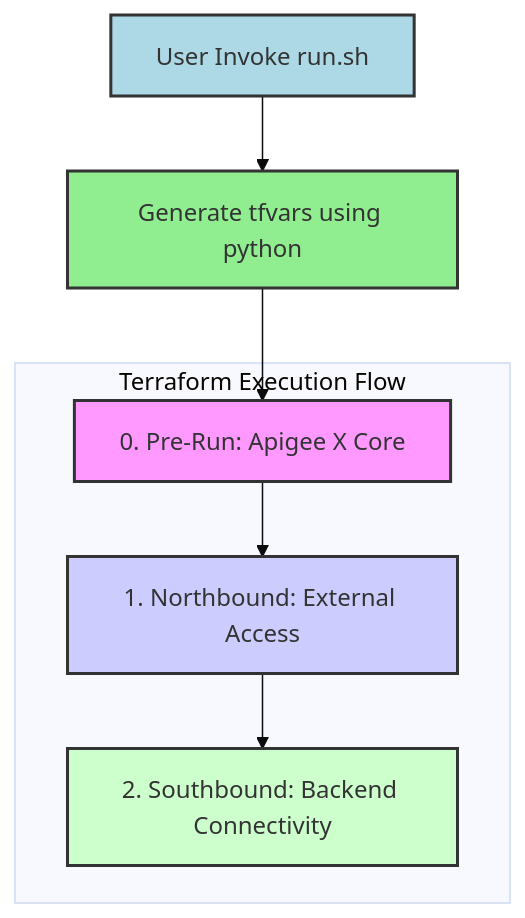
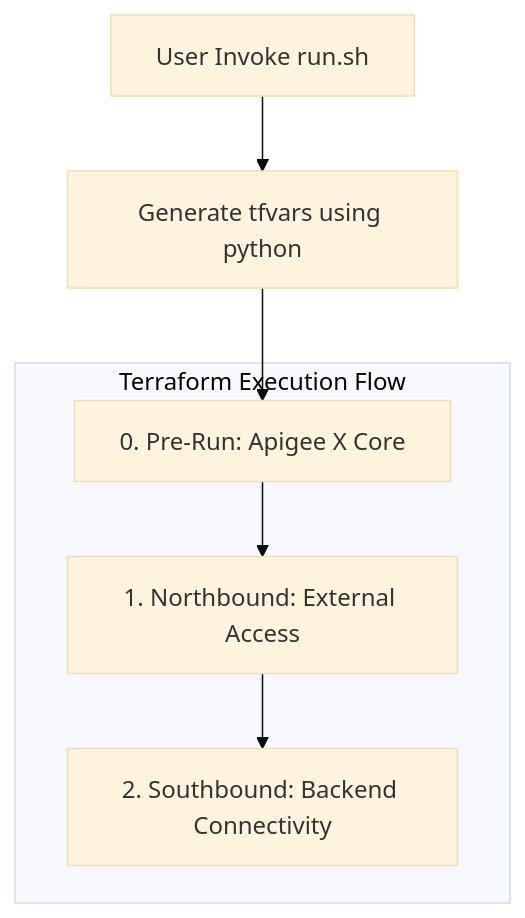
The diagram in README.md (anaik91/apigee-networking-sme), drawn with Mermaid (base theme) before and after one commit.

Commit message:
feat: readme diagram update

````diff
--- a/README.md
+++ b/README.md
@@ -19,15 +19,10 @@
 ```mermaid
 graph TD
     U1[User Invoke run.sh] --> A0
     A0[Generate tfvars using python]
     A0 --> A
     subgraph "Terraform Execution Flow"
         A[0. Pre-Run: Apigee X Core] --> B[1. Northbound: External Access];
         B --> C[2. Southbound: Backend Connectivity];
     end
-    style U1 fill:#ADD8E6,stroke:#333,stroke-width:2px
-    style A0 fill:#90EE90,stroke:#333,stroke-width:2px
-    style A fill:#f9f,stroke:#333,stroke-width:2px
-    style B fill:#ccf,stroke:#333,stroke-width:2px
-    style C fill:#cfc,stroke:#333,stroke-width:2px
 ```
````
